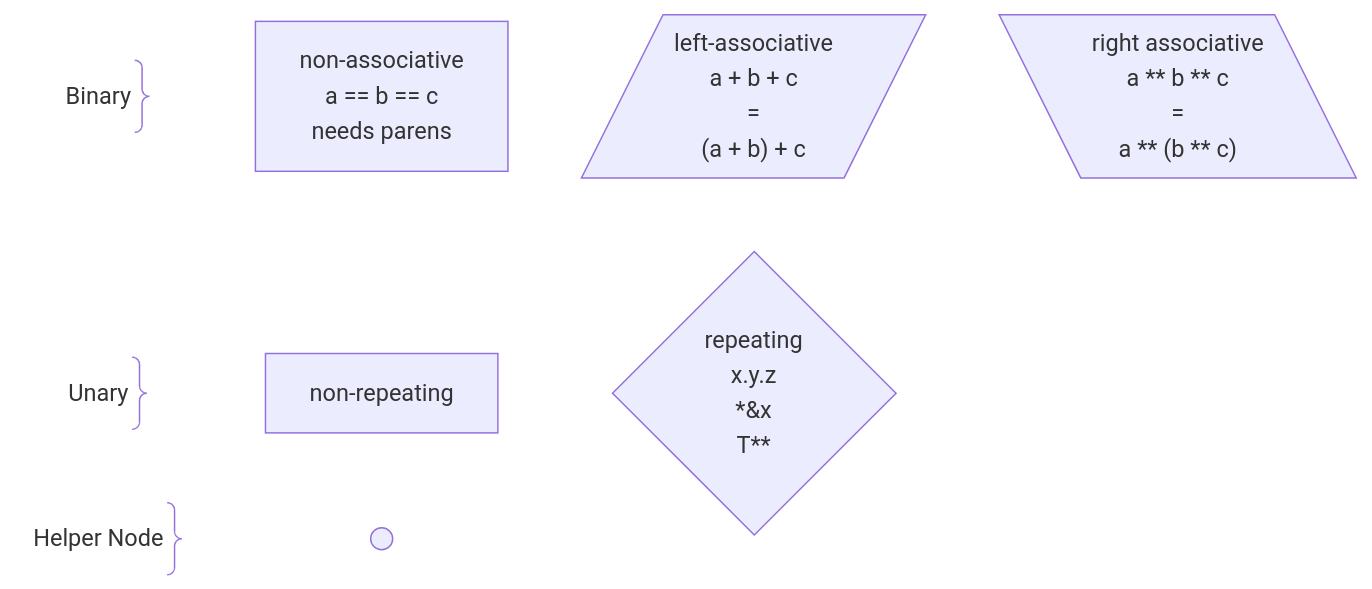
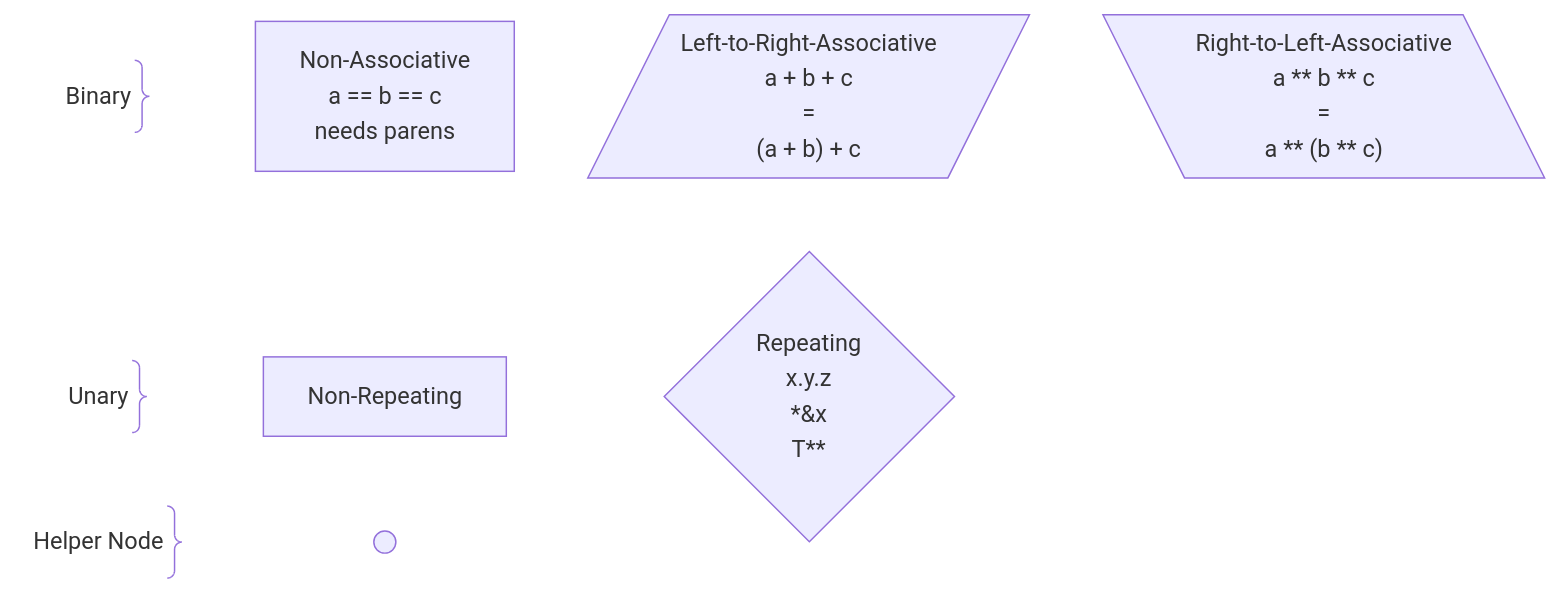
The second of 2 diagrams in 6 .../2 Unfinished Ideas.md (laro/Cilia), drawn with Mermaid before and after one commit. The commit also changed other lines of this file, not shown here.

Commit message:
Update 2 Unfinished Ideas.md

````diff
--- a/6 .../2 Unfinished Ideas.md
+++ b/6 .../2 Unfinished Ideas.md
@@ -348,39 +348,39 @@
 ```mermaid
 %%{init: {'themeVariables': {'fontFamily': 'monospace'}}}%%
 graph LR
     binary@{ shape: brace-r, label: "Binary" }
 
-    nonAssociative["non-associative
+    nonAssociative["Non-Associative
     a == b == c
     needs parens"]
 
-    leftAssociative[/"left-associative
+    leftToRightAssociative[/"Left-to-Right-Associative
     a + b + c 
     =
     (a + b) + c"/]
 
-    rightAssociative[\"right associative
+    rightToLeftAssociative[\"Right-to-Left-Associative
     a ** b ** c
     =
     a ** (b ** c)"\]
 
 
     unary@{ shape: brace-r, label: "Unary" }
 
-    nonRepeating["non-repeating"]
+    nonRepeating["Non-Repeating"]
 
-    repeating{"repeating
+    repeating{"Repeating
     x.y.z
     *&x
     T**"}
 
 
     helper@{ shape: brace-r, label: "Helper Node" }
 
     circle((" "))
 
 
-    binary ~~~ nonAssociative ~~~ leftAssociative ~~~ rightAssociative
+    binary ~~~ nonAssociative ~~~ leftToRightAssociative ~~~ rightToLeftAssociative
     unary ~~~ nonRepeating ~~~ repeating
     helper ~~~ circle
 ```
````
